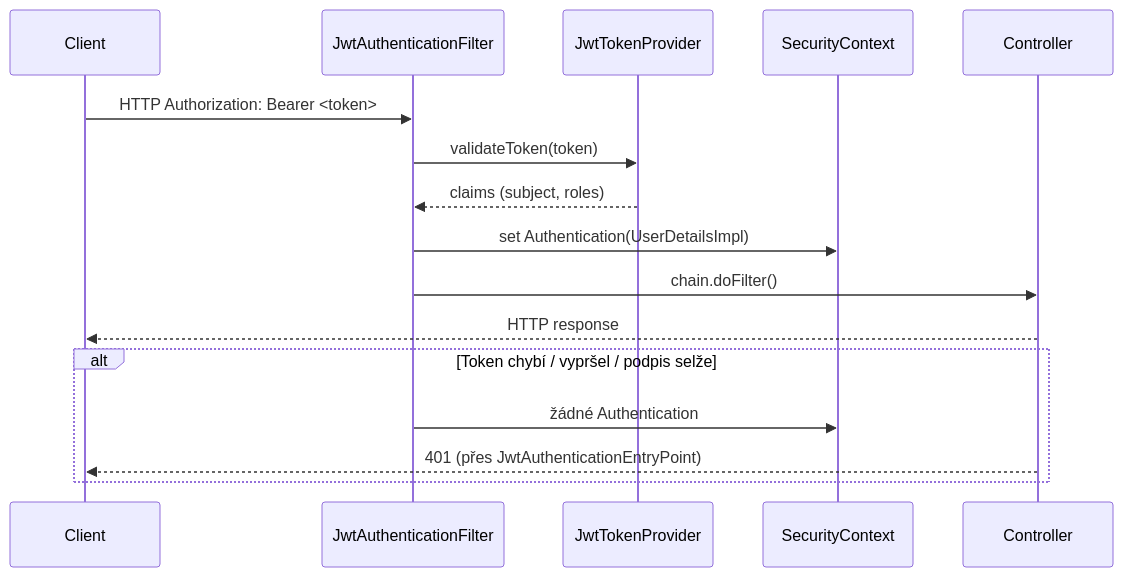
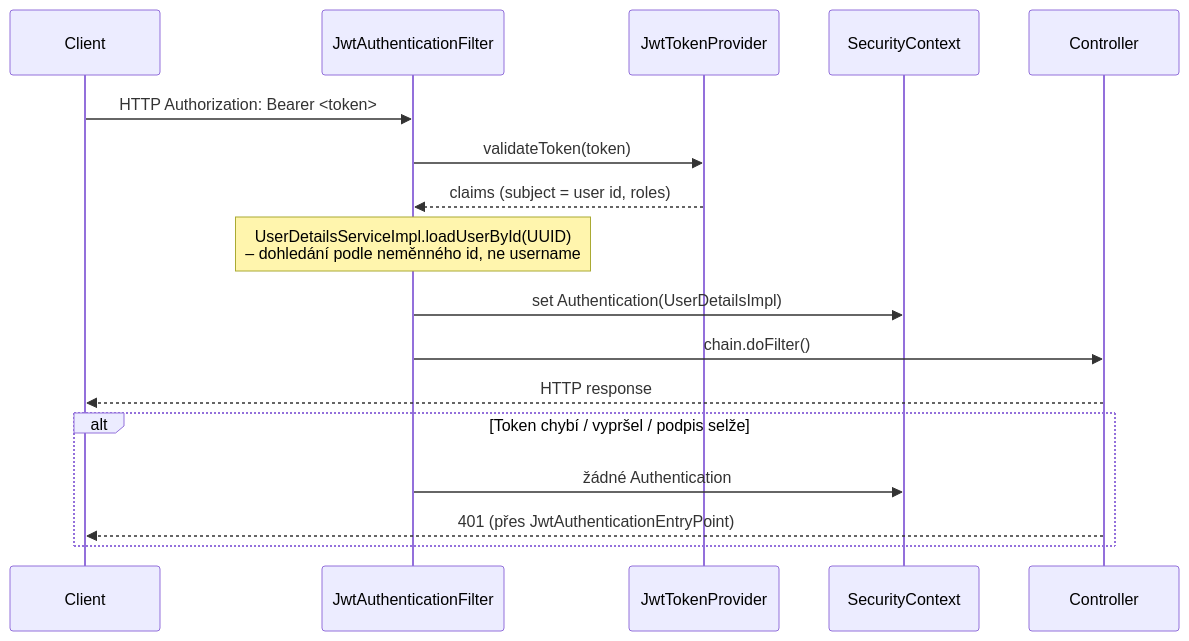
Before and after one commit to ifischerova/bezci-sobe-mobile-app-android: the fifth of 11 diagrams in SDD.md, drawn with Mermaid. The commit also changed other lines of this file and 8 other files, not shown here.

````diff
--- a/SDD.md
+++ b/SDD.md
@@ -393,20 +411,21 @@
 ```mermaid
 sequenceDiagram
     participant Client
     participant Filter as JwtAuthenticationFilter
     participant Provider as JwtTokenProvider
     participant SC as SecurityContext
     participant Controller
 
     Client->>Filter: HTTP Authorization: Bearer <token>
     Filter->>Provider: validateToken(token)
-    Provider-->>Filter: claims (subject, roles)
+    Provider-->>Filter: claims (subject = user id, roles)
+    Note over Filter: UserDetailsServiceImpl.loadUserById(UUID)<br/>– dohledání podle neměnného id, ne username
     Filter->>SC: set Authentication(UserDetailsImpl)
     Filter->>Controller: chain.doFilter()
     Controller-->>Client: HTTP response
 
     alt Token chybí / vypršel / podpis selže
         Filter->>SC: žádné Authentication
         Controller-->>Client: 401 (přes JwtAuthenticationEntryPoint)
     end
 ```
````
